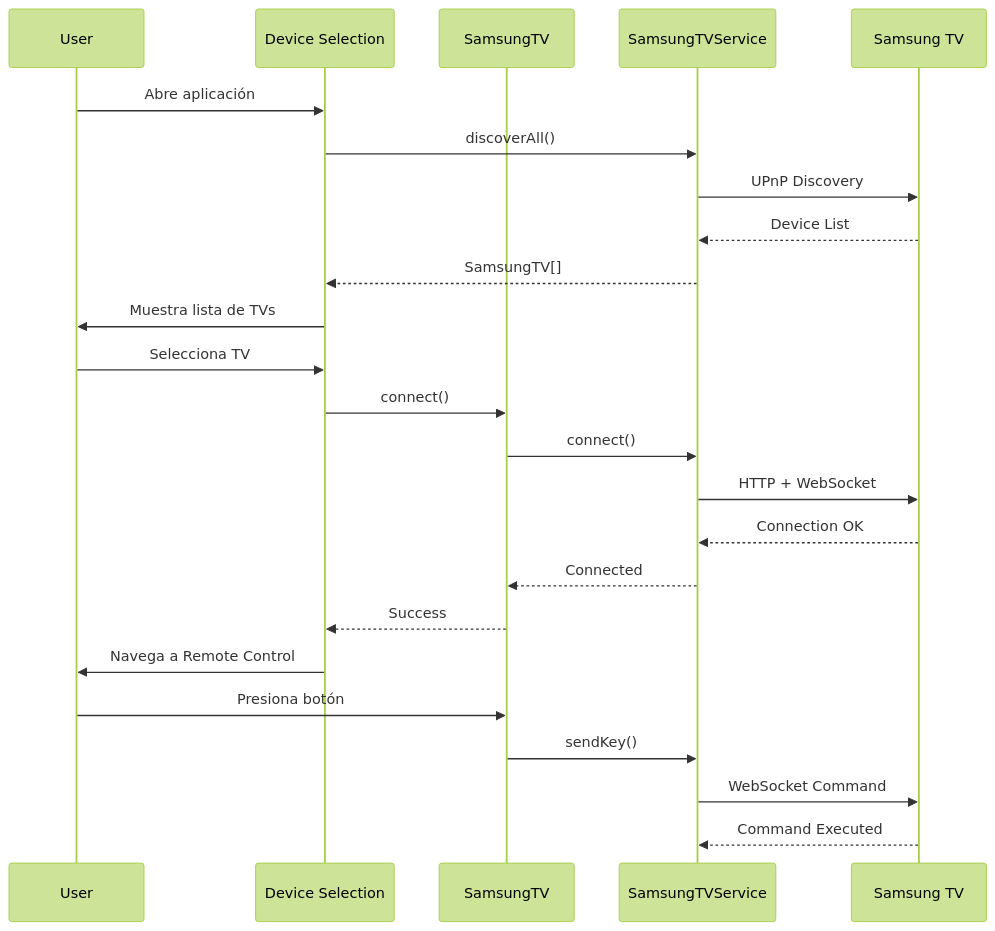
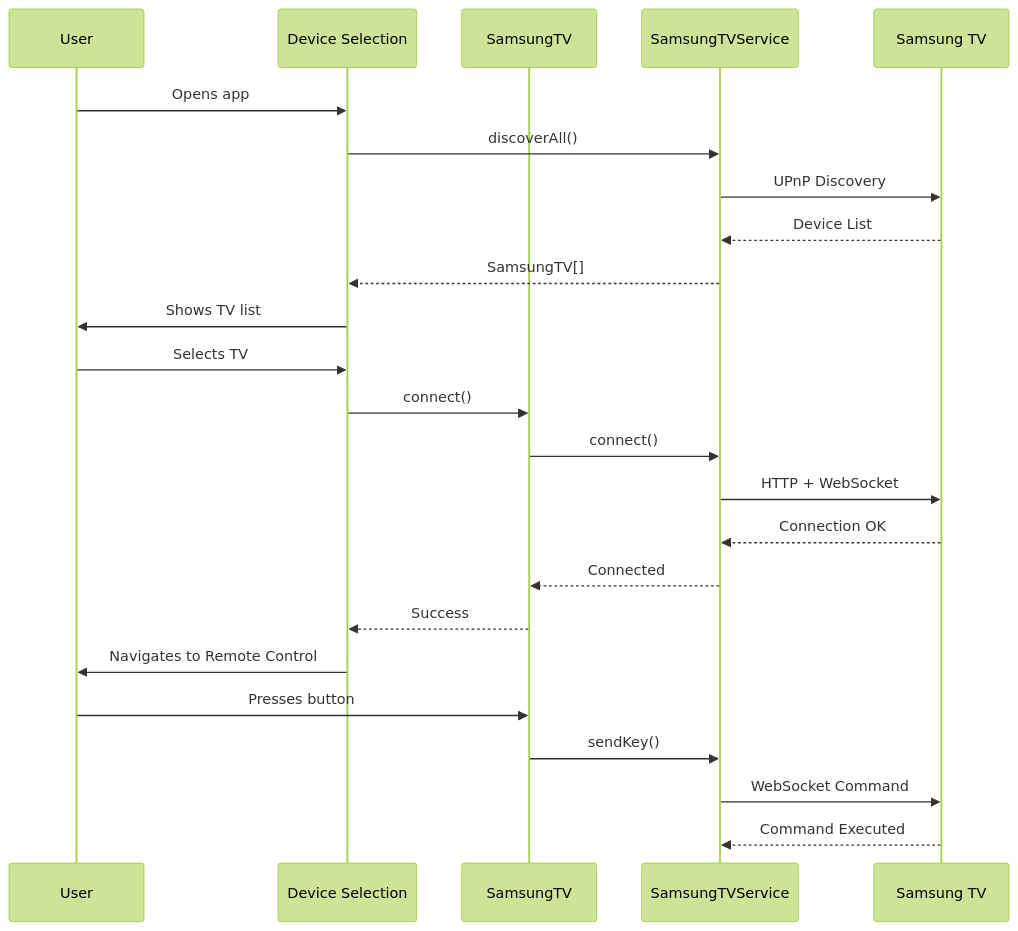
One commit to mazen-salah/Smart-TV-Remote-Control changed the second of 10 diagrams in README.md. Above: the diagram before and after it, drawn with Mermaid (forest theme). The commit also changed other lines of this file, not shown here.

````diff
--- a/README.md
+++ b/README.md
@@ -64,29 +64,29 @@
 ```mermaid
 sequenceDiagram
     participant U as User
     participant DS as Device Selection
     participant STV as SamsungTV
     participant STS as SamsungTVService
     participant TV as Samsung TV
     
-    U->>DS: Abre aplicación
+    U->>DS: Opens app
     DS->>STS: discoverAll()
     STS->>TV: UPnP Discovery
     TV-->>STS: Device List
     STS-->>DS: SamsungTV[]
-    DS->>U: Muestra lista de TVs
+    DS->>U: Shows TV list
     
-    U->>DS: Selecciona TV
+    U->>DS: Selects TV
     DS->>STV: connect()
     STV->>STS: connect()
     STS->>TV: HTTP + WebSocket
     TV-->>STS: Connection OK
     STS-->>STV: Connected
     STV-->>DS: Success
-    DS->>U: Navega a Remote Control
+    DS->>U: Navigates to Remote Control
     
-    U->>STV: Presiona botón
+    U->>STV: Presses button
     STV->>STS: sendKey()
     STS->>TV: WebSocket Command
     TV-->>STS: Command Executed
 ```
````
